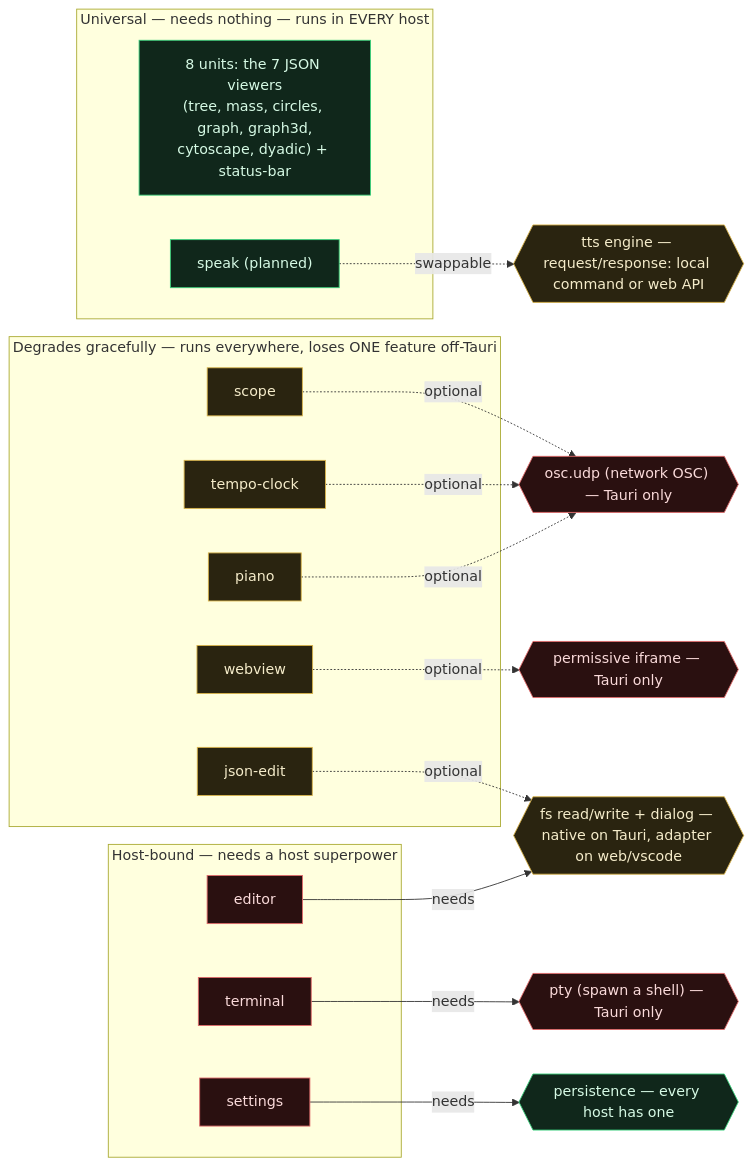
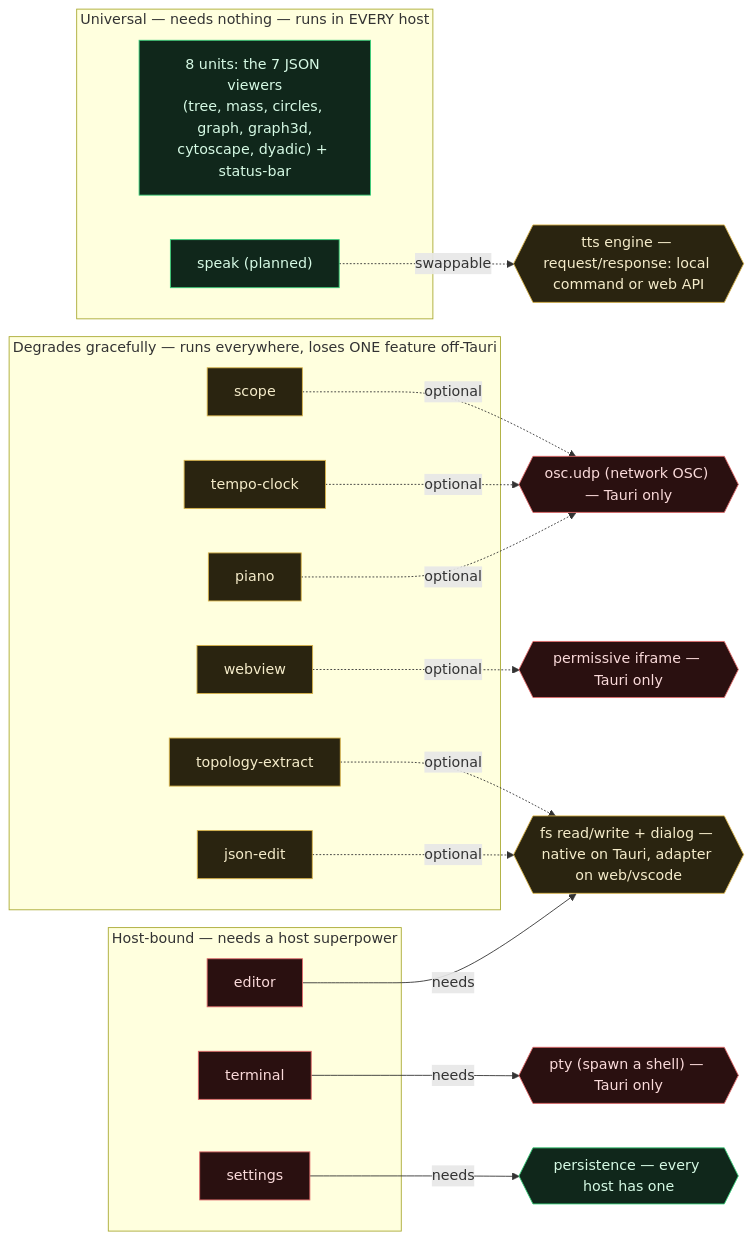
One commit to halapenyoharry/exoskeleton changed the diagram in docs/panel-capability-map.md. Above: the diagram before and after it, drawn with Mermaid. The commit also changed other lines of this file and 12 other files, not shown here.

First line of the commit message:
feat: add topology-extract panel — i2t-funnel entry point

````diff
--- a/docs/panel-capability-map.md
+++ b/docs/panel-capability-map.md
@@ -15,51 +15,53 @@
 ```mermaid
 flowchart LR
   subgraph PORTABLE["Universal — needs nothing — runs in EVERY host"]
     U["8 units: the 7 JSON viewers<br/>(tree, mass, circles, graph, graph3d,<br/>cytoscape, dyadic) + status-bar"]
     Speak["speak (planned)"]
   end
 
   subgraph DEGRADE["Degrades gracefully — runs everywhere, loses ONE feature off-Tauri"]
     Piano["piano"]
     Clock["tempo-clock"]
     Scope["scope"]
     JsonEdit["json-edit"]
     Webview["webview"]
+    TopoExtract["topology-extract"]
   end
 
   subgraph HOSTBOUND["Host-bound — needs a host superpower"]
     Terminal["terminal"]
     Editor["editor"]
     Settings["settings"]
   end
 
   PTY{{"pty (spawn a shell) — Tauri only"}}
   OSCUDP{{"osc.udp (network OSC) — Tauri only"}}
   IFRAME{{"permissive iframe — Tauri only"}}
   FS{{"fs read/write + dialog — native on Tauri, adapter on web/vscode"}}
   PERSIST{{"persistence — every host has one"}}
   TTS{{"tts engine — request/response: local command or web API"}}
 
   Terminal -->|needs| PTY
   Editor -->|needs| FS
   Settings -->|needs| PERSIST
   JsonEdit -.optional.-> FS
   Piano -.optional.-> OSCUDP
   Clock -.optional.-> OSCUDP
   Scope -.optional.-> OSCUDP
   Webview -.optional.-> IFRAME
+  TopoExtract -.optional.-> FS
   Speak -.swappable.-> TTS
 
   classDef portable fill:#10271b,stroke:#39cf7a,color:#d6fae5;
   classDef degrade fill:#2a2410,stroke:#d8b34a,color:#f5ecca;
   classDef bound fill:#2a1010,stroke:#e06a6a,color:#fadada;
   classDef capTauri fill:#2a1010,stroke:#e06a6a,color:#fadada;
   classDef capAny fill:#10271b,stroke:#39cf7a,color:#d6fae5;
   classDef capAdapt fill:#2a2410,stroke:#d8b34a,color:#f5ecca;
   class U,Speak portable;
-  class Piano,Clock,Scope,JsonEdit,Webview degrade;
+  class Piano,Clock,Scope,JsonEdit,Webview,TopoExtract degrade;
   class Terminal,Editor,Settings bound;
   class PTY,OSCUDP,IFRAME capTauri;
   class PERSIST capAny;
   class FS,TTS capAdapt;
 ```
````
